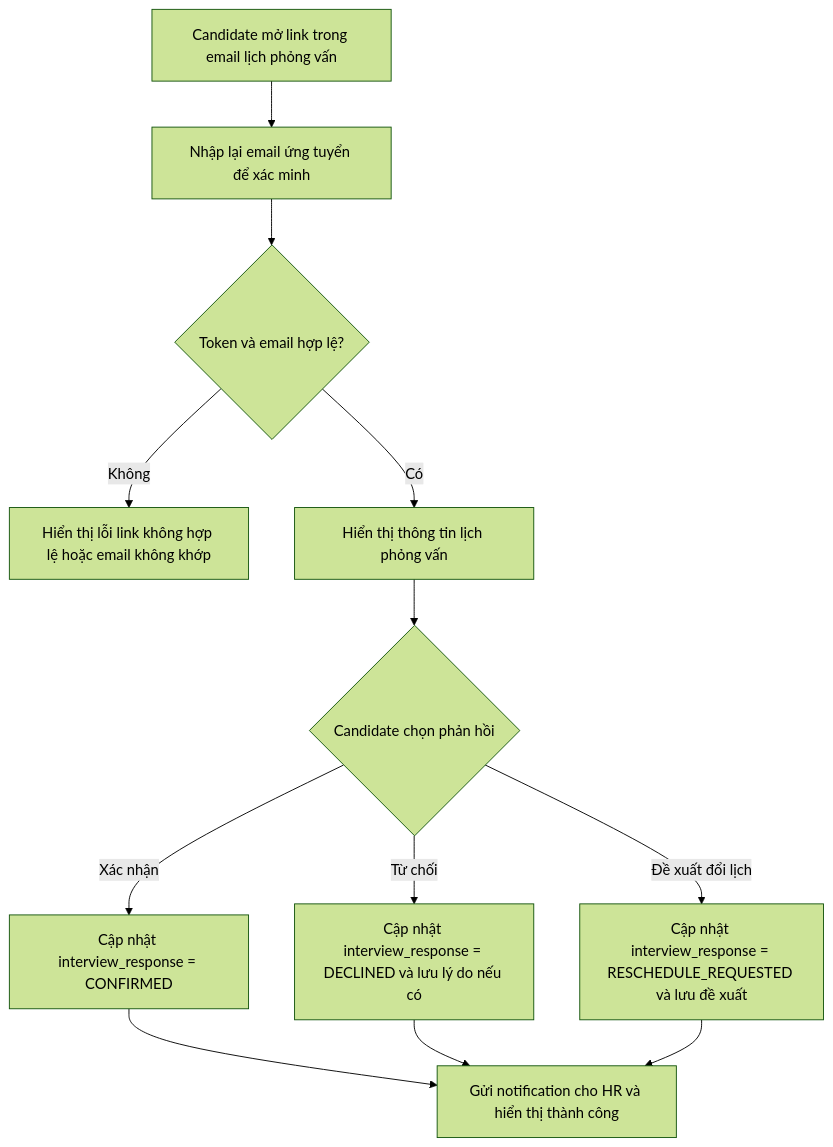
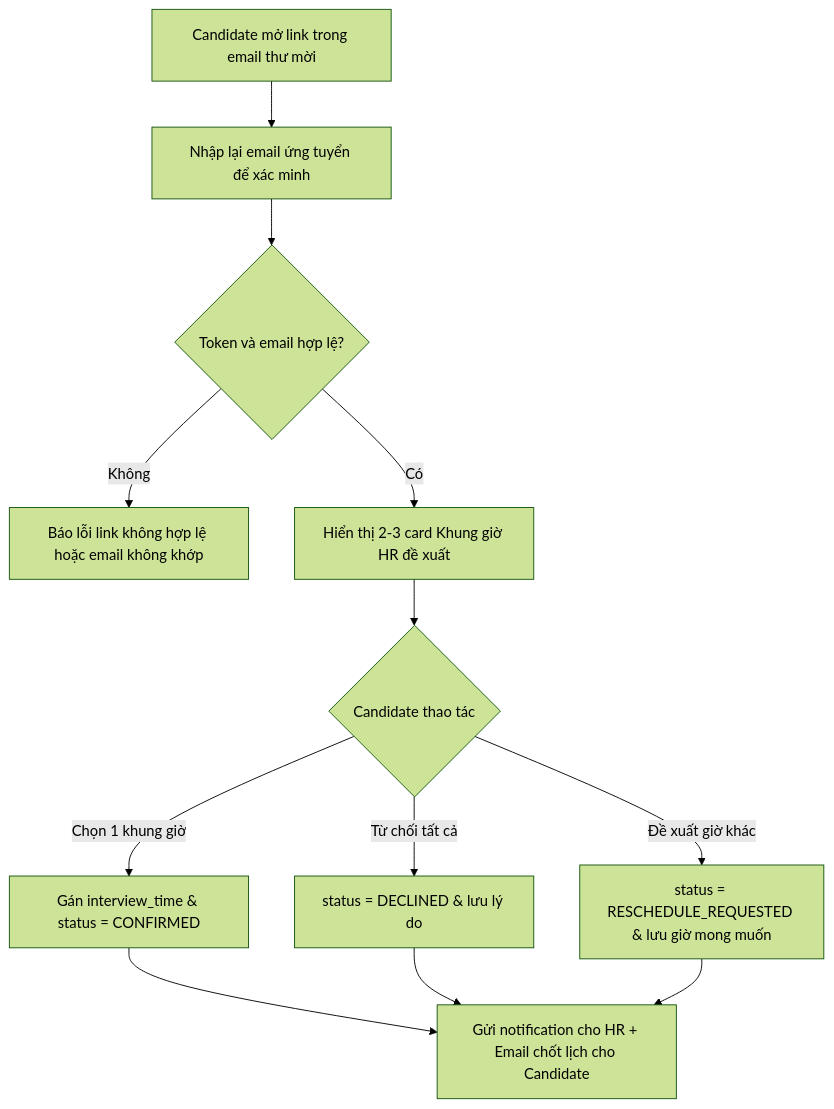
Before and after one commit to VanHaPtit/EasyTech_FE: the diagram in nghiep_vu/epic-06_Career_Site/user-story-28_Interview_Response/user-story.md, drawn with Mermaid (forest theme). The commit also changed other lines of this file and 6 other files, not shown here.

````diff
--- a/nghiep_vu/epic-06_Career_Site/user-story-28_Interview_Response/user-story.md
+++ b/nghiep_vu/epic-06_Career_Site/user-story-28_Interview_Response/user-story.md
@@ -11,14 +11,14 @@
 ```mermaid
 graph TD
-    A[Candidate mở link trong email lịch phỏng vấn] --> B[Nhập lại email ứng tuyển để xác minh]
+    A[Candidate mở link trong email thư mời] --> B[Nhập lại email ứng tuyển để xác minh]
     B --> C{Token và email hợp lệ?}
-    C -- Không --> D[Hiển thị lỗi link không hợp lệ hoặc email không khớp]
-    C -- Có --> E[Hiển thị thông tin lịch phỏng vấn]
-    E --> F{Candidate chọn phản hồi}
-    F -- Xác nhận --> G[Cập nhật interview_response = CONFIRMED]
-    F -- Từ chối --> H[Cập nhật interview_response = DECLINED và lưu lý do nếu có]
-    F -- Đề xuất đổi lịch --> I[Cập nhật interview_response = RESCHEDULE_REQUESTED và lưu đề xuất]
-    G --> J[Gửi notification cho HR và hiển thị thành công]
+    C -- Không --> D[Báo lỗi link không hợp lệ hoặc email không khớp]
+    C -- Có --> E[Hiển thị 2-3 card Khung giờ HR đề xuất]
+    E --> F{Candidate thao tác}
+    F -- Chọn 1 khung giờ --> G[Gán interview_time & status = CONFIRMED]
+    F -- Từ chối tất cả --> H[status = DECLINED & lưu lý do]
+    F -- Đề xuất giờ khác --> I[status = RESCHEDULE_REQUESTED & lưu giờ mong muốn]
+    G --> J[Gửi notification cho HR + Email chốt lịch cho Candidate]
     H --> J
     I --> J
 ```
````
